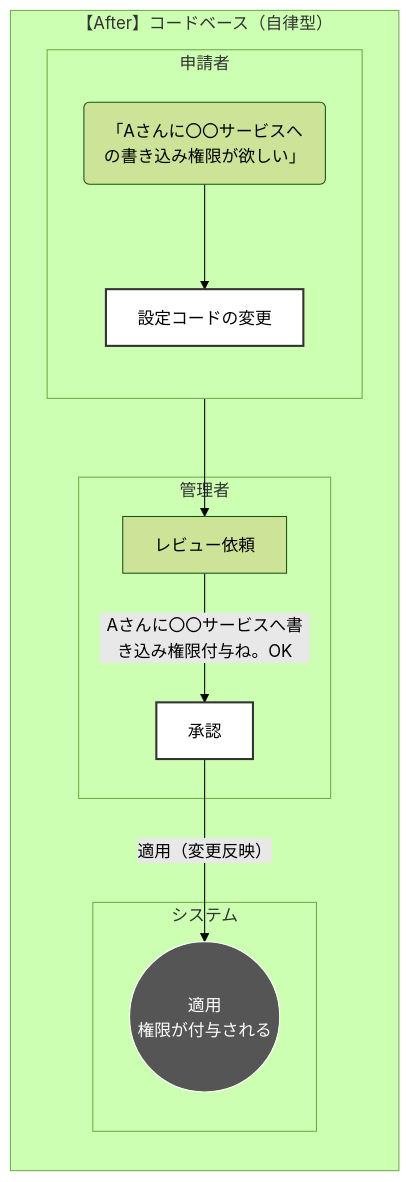
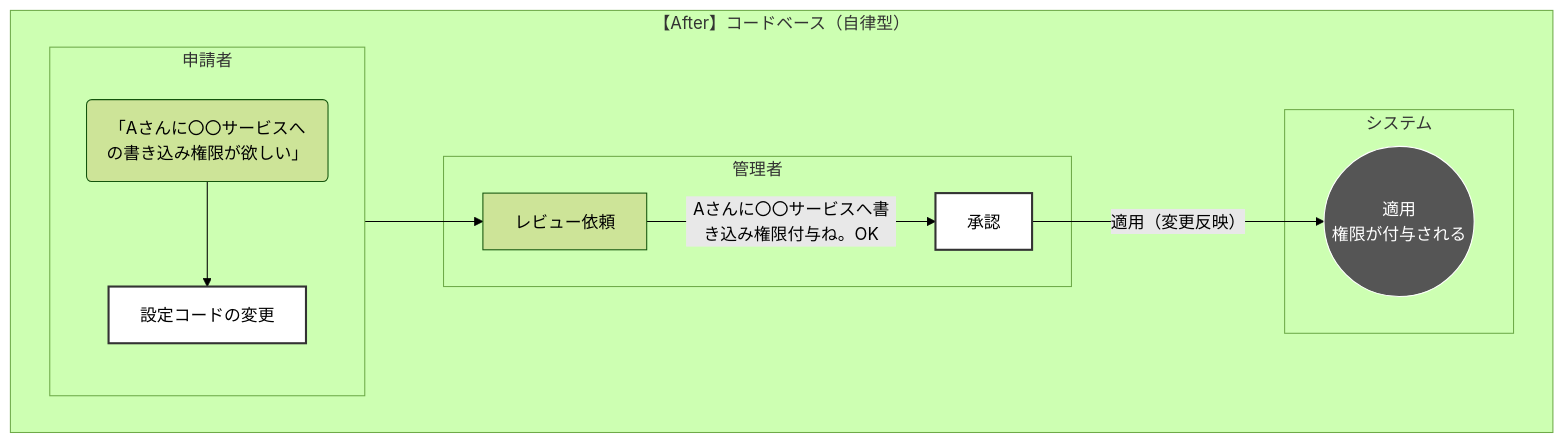
Before and after one commit to uni-3/mermaid-docs: the second of 2 diagrams in docs/as-code-example.md, drawn with Mermaid (forest theme). The commit also changed other lines of this file and 1 other file, not shown here.

Commit message:
update content

````diff
--- a/docs/as-code-example.md
+++ b/docs/as-code-example.md
@@ -54,27 +54,27 @@
 ```mermaid
-graph LR
+graph TB
 subgraph Flow_Code [【After】コードベース（自律型）]
     subgraph User [申請者]
         direction TB
         U1(「Aさんに〇〇サービスへの書き込み権限が欲しい」)
         U2[設定コードの変更]
     end
 
     subgraph Admin [管理者]
         A1[レビュー依頼]
         A2[承認]
     end
 
     subgraph System [システム]
         S1((適用<br>権限が付与される))
     end
 
     U1 --> U2
     U2 --> A1
     A1 -->|Aさんに〇〇サービスへ書き込み権限付与ね。OK| A2
     A2 -->|適用（変更反映）| S1
 end
     style U2 fill:#fff,stroke:#333,stroke-width:2px
     style A2 fill:#fff,stroke:#333,stroke-width:2px
     style S1 fill:#555,stroke:#fff,color:#fff
 ```
````
